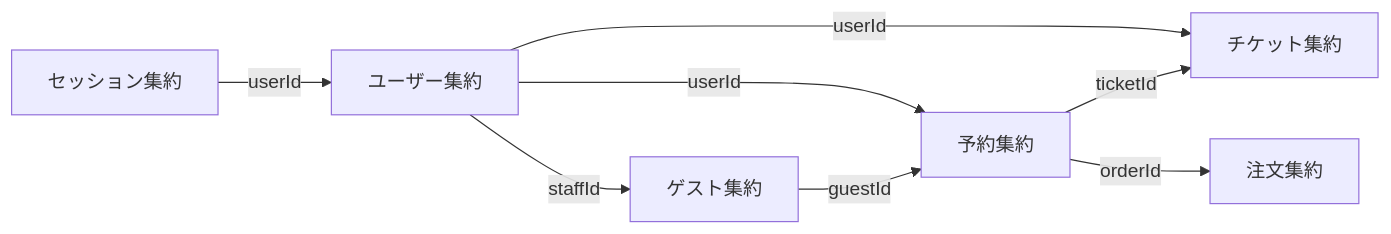
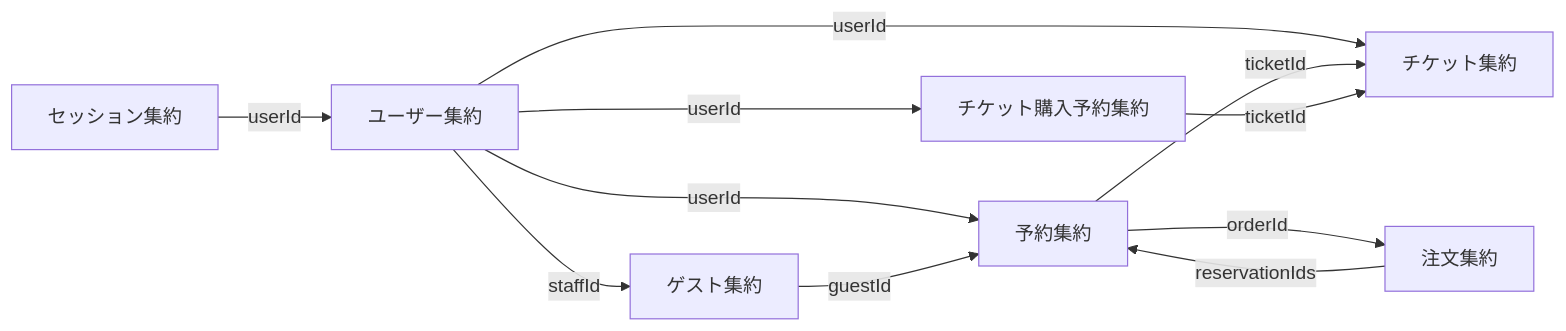
Before and after one commit to HiI2O/lunch-hub: the third of 8 diagrams in docs/02-design/domain-model.md, drawn with Mermaid. The commit also changed other lines of this file and 8 other files, not shown here.

````diff
--- a/docs/02-design/domain-model.md
+++ b/docs/02-design/domain-model.md
@@ -461,17 +481,21 @@
 ```mermaid
 graph LR
     User[ユーザー集約]
     Session[セッション集約]
     Reservation[予約集約]
     Order[注文集約]
     Ticket[チケット集約]
+    TicketPurchase[チケット購入予約集約]
     Guest[ゲスト集約]
 
     Session -->|userId| User
     User -->|userId| Reservation
     User -->|userId| Ticket
+    User -->|userId| TicketPurchase
     User -->|staffId| Guest
     Reservation -->|ticketId| Ticket
     Reservation -->|orderId| Order
+    Order -->|reservationIds| Reservation
+    TicketPurchase -->|ticketId| Ticket
     Guest -->|guestId| Reservation
 ```
````
